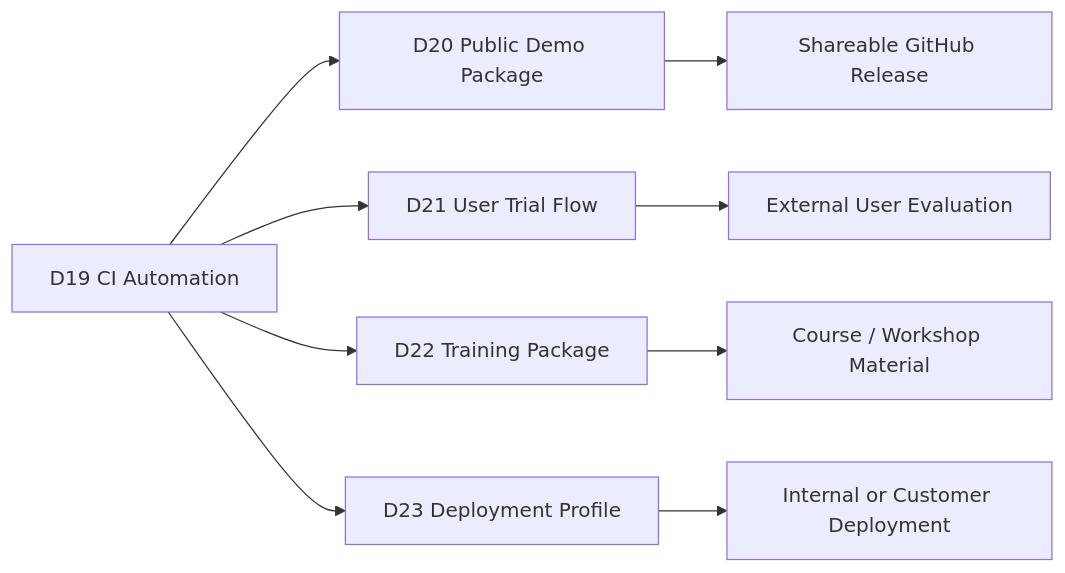
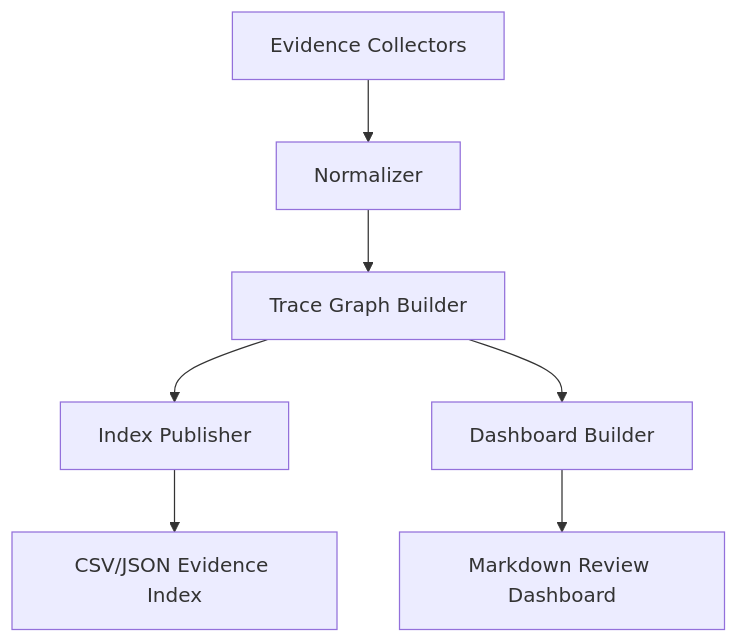
Before and after one commit to qiqixixi1001/automotive-safeic-practice: the fourth of 4 diagrams in articles/19_automotive_safeic_practice_d19_github_en_ci_automation.md, drawn with Mermaid. The commit also changed other lines of this file, not shown here.

````diff
--- a/articles/19_automotive_safeic_practice_d19_github_en_ci_automation.md
+++ b/articles/19_automotive_safeic_practice_d19_github_en_ci_automation.md
@@ -1473,11 +756,9 @@
 ```mermaid
-flowchart LR
-    A[D19 CI Automation] --> B[D20 Public Demo Package]
-    A --> C[D21 User Trial Flow]
-    A --> D[D22 Training Package]
-    A --> E[D23 Deployment Profile]
-    B --> F[Shareable GitHub Release]
-    C --> G[External User Evaluation]
-    D --> H[Course / Workshop Material]
-    E --> I[Internal or Customer Deployment]
+flowchart TD
+    A[Evidence Collectors] --> B[Normalizer]
+    B --> C[Trace Graph Builder]
+    C --> D[Index Publisher]
+    C --> E[Dashboard Builder]
+    D --> F[CSV/JSON Evidence Index]
+    E --> G[Markdown Review Dashboard]
 ```
````
